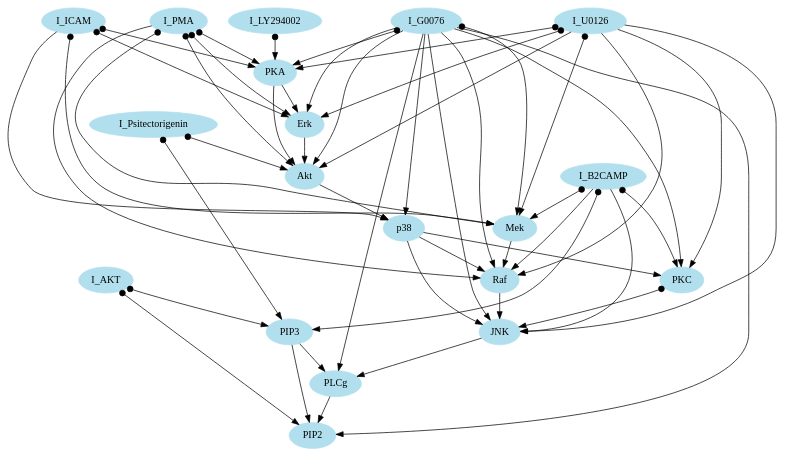
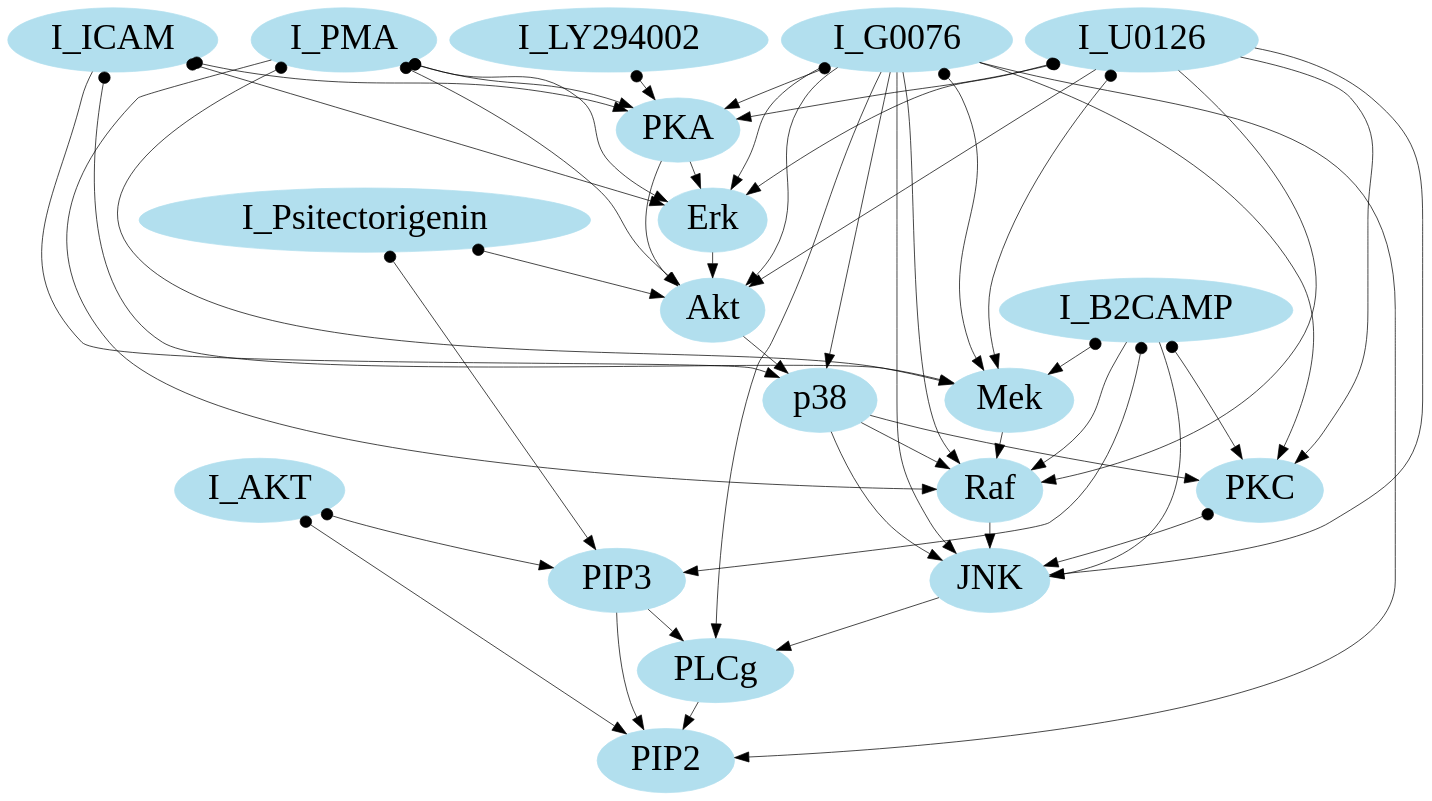
The diagram in R/jci/results/sachs/sachsGraph_bootstrap0_priorTRUEgfci.dot (regenworm/aci), drawn with Graphviz before and after one commit. The commit also changed 18 other files, not shown here.

```diff
--- a/R/jci/results/sachs/sachsGraph_bootstrap0_priorTRUEgfci.dot
+++ b/R/jci/results/sachs/sachsGraph_bootstrap0_priorTRUEgfci.dot
@@ -1,72 +1,73 @@
 digraph ofzo {
-node [color=lightblue2, style=filled];
+node [color=lightblue2, style=filled, fontsize=50];
+edge [color=black, arrowsize=2];
 "Raf";
 "Mek";
 "PLCg";
 "PIP2";
 "PIP3";
 "Erk";
 "Akt";
 "PKA";
 "PKC";
 "p38";
 "JNK";
 "I_ICAM";
 "I_AKT";
 "I_G0076";
 "I_Psitectorigenin";
 "I_U0126";
 "I_LY294002";
 "I_PMA";
 "I_B2CAMP";
 "I_G0076" -> "Mek" [dir=both arrowtail=dot];
 "I_U0126" -> "PKC";
 "Erk" -> "Akt";
 "I_U0126" -> "PKA" [dir=both arrowtail=dot];
 "I_U0126" -> "Raf";
 "I_U0126" -> "Mek" [dir=both arrowtail=dot];
 "PIP3" -> "PIP2";
 "I_G0076" -> "Akt";
 "I_PMA" -> "Erk" [dir=both arrowtail=dot];
 "Akt" -> "p38";
 "I_PMA" -> "Raf";
 "I_U0126" -> "Akt";
 "I_B2CAMP" -> "PIP3" [dir=both arrowtail=dot];
 "Mek" -> "Raf";
 "Raf" -> "JNK";
 "I_PMA" -> "Mek" [dir=both arrowtail=dot];
 "I_B2CAMP" -> "Raf";
 "I_G0076" -> "Erk";
 "I_B2CAMP" -> "Mek" [dir=both arrowtail=dot];
 "p38" -> "PKC";
 "p38" -> "Raf";
 "I_PMA" -> "Akt" [dir=both arrowtail=dot];
 "I_ICAM" -> "p38";
 "PKA" -> "Erk";
 "I_G0076" -> "Raf";
 "I_G0076" -> "PIP2";
 "I_G0076" -> "PLCg";
 "I_ICAM" -> "PKA" [dir=both arrowtail=dot];
 "I_G0076" -> "PKA" [dir=both arrowtail=dot];
 "I_G0076" -> "PKC";
 "PKA" -> "Akt";
 "I_G0076" -> "p38";
 "I_PMA" -> "PKA" [dir=both arrowtail=dot];
 "I_Psitectorigenin" -> "PIP3" [dir=both arrowtail=dot];
 "JNK" -> "PLCg";
 "I_ICAM" -> "Erk" [dir=both arrowtail=dot];
 "p38" -> "JNK";
 "I_G0076" -> "JNK";
 "I_U0126" -> "Erk" [dir=both arrowtail=dot];
 "I_U0126" -> "JNK";
 "I_ICAM" -> "Mek" [dir=both arrowtail=dot];
 "PLCg" -> "PIP2";
 "I_Psitectorigenin" -> "Akt" [dir=both arrowtail=dot];
 "PIP3" -> "PLCg";
 "I_AKT" -> "PIP2" [dir=both arrowtail=dot];
 "I_LY294002" -> "PKA" [dir=both arrowtail=dot];
 "PKC" -> "JNK" [dir=both arrowtail=dot];
 "I_B2CAMP" -> "PKC" [dir=both arrowtail=dot];
 "I_B2CAMP" -> "JNK";
 "I_AKT" -> "PIP3" [dir=both arrowtail=dot];
 }
```
